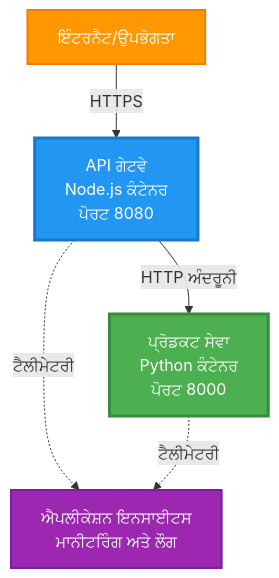
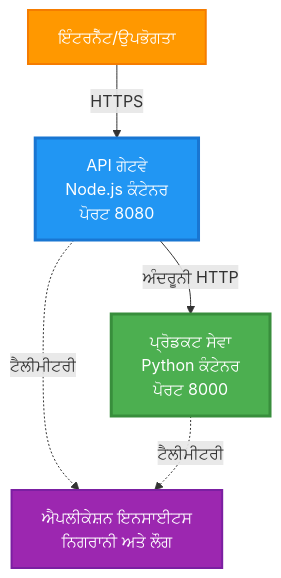
The first of 4 diagrams in translations/pa/examples/microservices/README.md (microsoft/AZD-for-beginners), drawn with Mermaid before and after one commit. The commit also changed other lines of this file and 354 other files, not shown here.

````diff
--- a/translations/pa/examples/microservices/README.md
+++ b/translations/pa/examples/microservices/README.md
@@ -40,17 +31,17 @@
 ```mermaid
 graph TB
-    Internet[ਇੰਟਰਨੈਟ/ਉਪਭੋਗਤਾ]
+    Internet[ਇੰਟਰਨੈੱਟ/ਉਪਭੋਗਤਾ]
     Gateway[API ਗੇਟਵੇ<br/>Node.js ਕੰਟੇਨਰ<br/>ਪੋਰਟ 8080]
     Product[ਪ੍ਰੋਡਕਟ ਸੇਵਾ<br/>Python ਕੰਟੇਨਰ<br/>ਪੋਰਟ 8000]
-    AppInsights[ਐਪਲੀਕੇਸ਼ਨ ਇਨਸਾਈਟਸ<br/>ਮਾਨੀਟਰਿੰਗ ਅਤੇ ਲੌਗ]
-
+    AppInsights[ਐਪਲੀਕੇਸ਼ਨ ਇਨਸਾਈਟਸ<br/>ਨਿਗਰਾਨੀ ਅਤੇ ਲੌਗ]
+    
     Internet -->|HTTPS| Gateway
-    Gateway -->|HTTP ਅੰਦਰੂਨੀ| Product
-    Gateway -.->|ਟੈਲੀਮੇਟਰੀ| AppInsights
-    Product -.->|ਟੈਲੀਮੇਟਰੀ| AppInsights
+    Gateway -->|ਅੰਦਰੂਨੀ HTTP| Product
+    Gateway -.->|ਟੈਲੀਮੀਟਰੀ| AppInsights
+    Product -.->|ਟੈਲੀਮੀਟਰੀ| AppInsights
     
     style Gateway fill:#2196F3,stroke:#1976D2,stroke-width:3px,color:#fff
     style Product fill:#4CAF50,stroke:#388E3C,stroke-width:3px,color:#fff
     style Internet fill:#FF9800,stroke:#F57C00,stroke-width:2px,color:#fff
     style AppInsights fill:#9C27B0,stroke:#7B1FA2,stroke-width:2px,color:#fff
 ```
````
